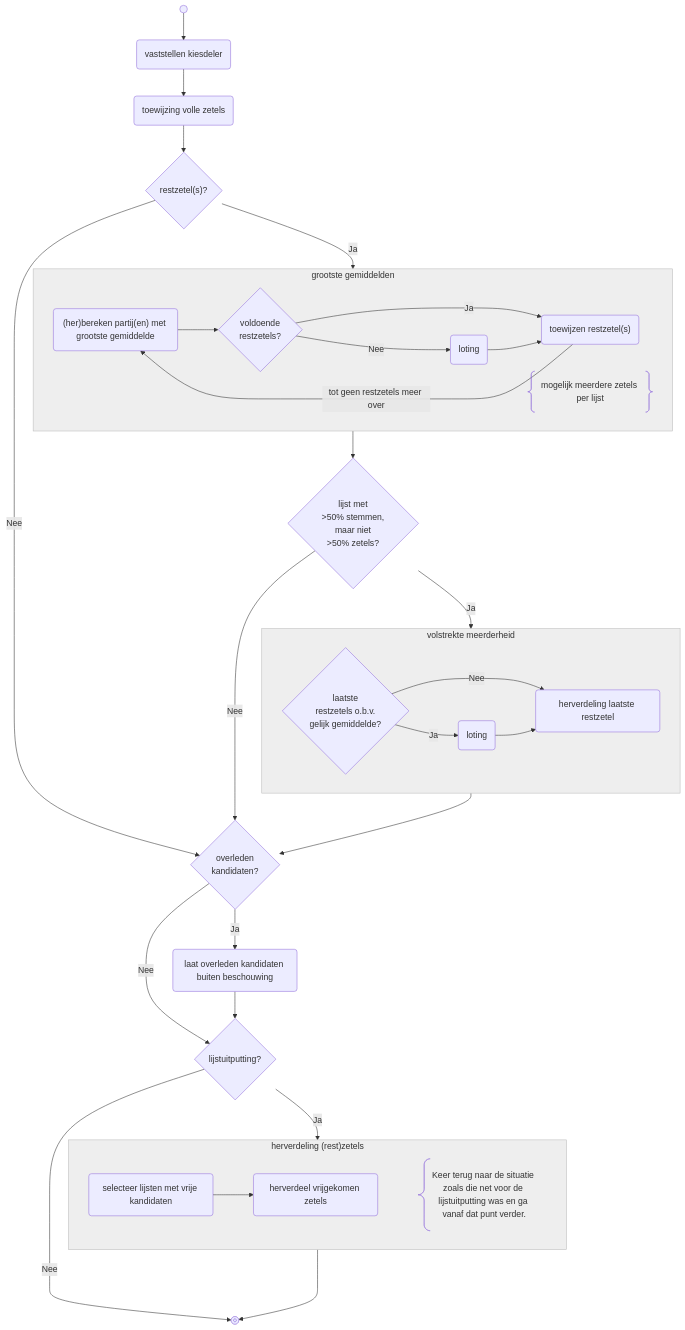
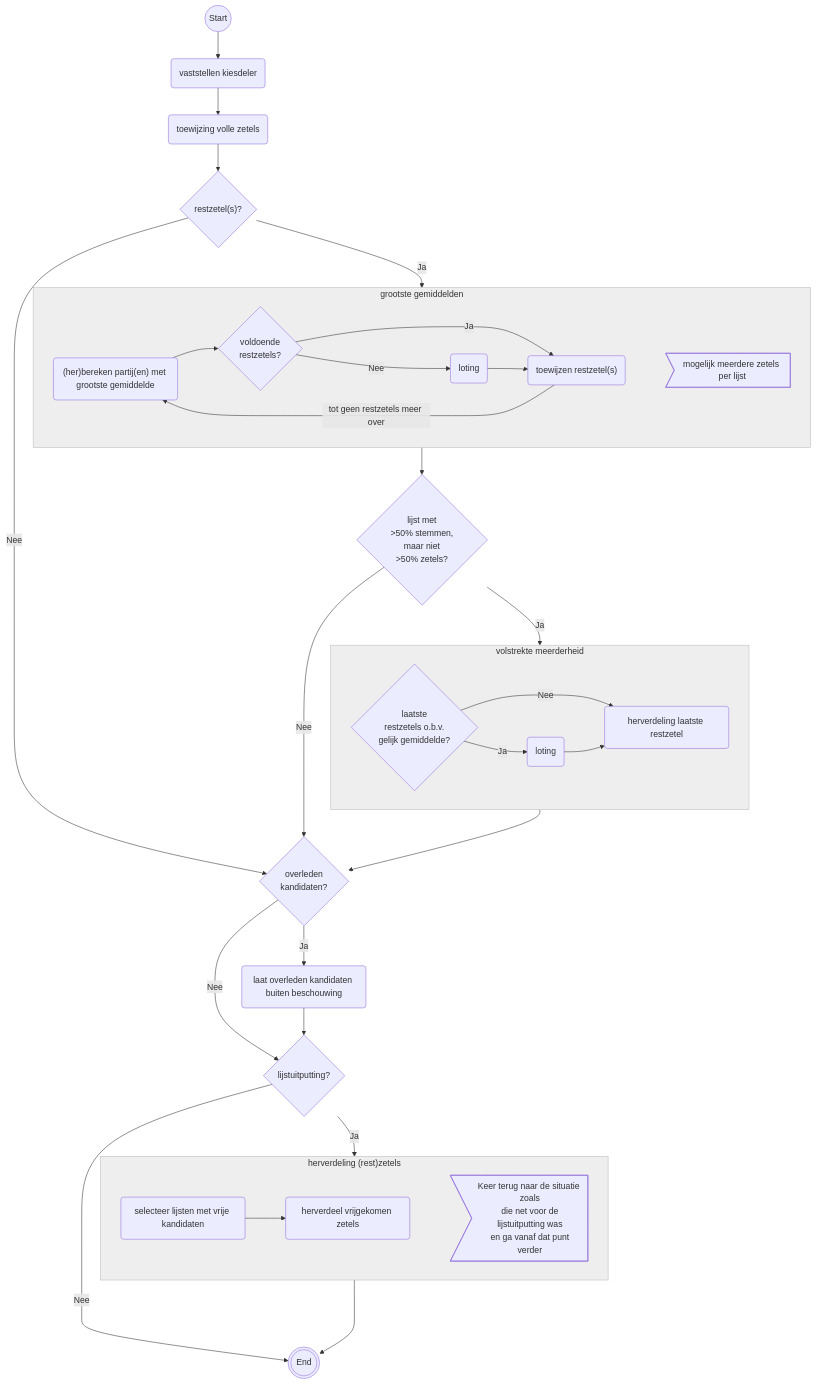
Before and after one commit to kiesraad/abacus-documentatie: the first of 2 diagrams in verkiezingsproces/zetelverdeling-GR-flowchart.md, drawn with Mermaid. The commit also changed other lines of this file, not shown here.

Commit message:
Flowchart update to work with default Jetbrains plugin (that's probably a bit outdated on the mermaid support)

````diff
--- a/verkiezingsproces/zetelverdeling-GR-flowchart.md
+++ b/verkiezingsproces/zetelverdeling-GR-flowchart.md
@@ -8,81 +8,82 @@
 ```mermaid
 flowchart
     %% styling
     classDef greyFill fill:#eee,stroke:#bbb;
 
     %% elements
-    flow_start@{ shape: sm-circ, label: "start" }
-    flow_end@{ shape: framed-circle, label: "end" }
-
+    flow_start((Start))
+    flow_end(((End)))
+    
     vaststellen_kiesdeler(vaststellen kiesdeler)
     toewijzing_volle_zetels(toewijzing volle zetels)
 
     restzetels{"restzetel(s)?"}
 
     bereken_partijen_met_grootste_gemiddelde("(her)bereken partij(en) met grootste gemiddelde")
     voldoende_restzetels{voldoende<br/>restzetels?}
     loting_grootste_gemiddelden(loting)
     toewijzen_restzetels("toewijzen restzetel(s)")
 
     meerderheid_aan_stemmen_maar_niet_zetels{lijst met<br/>>50% stemmen,<br/>maar niet<br/>>50% zetels?}
     laatste_restzetels_obv_gelijk_gemiddelde{laatste<br/>restzetels o.b.v.<br/>gelijk gemiddelde?}
     loting_volstrekte_meerderheid(loting)
     herverdeling_laatste_restzetel(herverdeling laatste restzetel)
 
     overleden_kandidaten{"overleden<br/>kandidaten?"}
     overleden_kandidaten_buiten_beschouwing("laat overleden kandidaten buiten beschouwing")
 
     lijstuitputting{"lijstuitputting?"}
     lijsten_met_vrije_kandidaten("selecteer lijsten met vrije kandidaten")
     herverdeling_vrijgekomen_zetels("herverdeel vrijgekomen zetels")
 
     %% flow
     flow_start --> vaststellen_kiesdeler
     vaststellen_kiesdeler --> toewijzing_volle_zetels
     toewijzing_volle_zetels --> restzetels
 
     restzetels -->|Nee| overleden_kandidaten
     restzetels -->|Ja| grootste_gemiddelden
 
     subgraph grootste_gemiddelden["grootste gemiddelden"]
         direction LR
         bereken_partijen_met_grootste_gemiddelde --> voldoende_restzetels
         voldoende_restzetels -->|Ja| toewijzen_restzetels
         voldoende_restzetels -->|Nee| loting_grootste_gemiddelden
         loting_grootste_gemiddelden --> toewijzen_restzetels
         toewijzen_restzetels -->|tot geen restzetels meer over| bereken_partijen_met_grootste_gemiddelde
-        comment_grootste_gemiddelden@{ shape: braces, label: "mogelijk meerdere zetels per lijst" }
+        toewijzen_restzetels ~~~ comment_grootste_gemiddelden
+        comment_grootste_gemiddelden>mogelijk meerdere zetels per lijst]
     end
     class grootste_gemiddelden greyFill;
 
     grootste_gemiddelden --> meerderheid_aan_stemmen_maar_niet_zetels
     meerderheid_aan_stemmen_maar_niet_zetels -->|Ja| volstrekte_meerderheid
     meerderheid_aan_stemmen_maar_niet_zetels --->|Nee| overleden_kandidaten
 
     subgraph volstrekte_meerderheid["volstrekte meerderheid"]
         direction LR
         laatste_restzetels_obv_gelijk_gemiddelde -->|Ja| loting_volstrekte_meerderheid
         laatste_restzetels_obv_gelijk_gemiddelde -->|Nee| herverdeling_laatste_restzetel
         loting_volstrekte_meerderheid --> herverdeling_laatste_restzetel
     end
     class volstrekte_meerderheid greyFill;
 
     volstrekte_meerderheid --> overleden_kandidaten
 
     overleden_kandidaten -->|Nee| lijstuitputting
     overleden_kandidaten -->|Ja| overleden_kandidaten_buiten_beschouwing
     overleden_kandidaten_buiten_beschouwing --> lijstuitputting
     
     lijstuitputting -->|Ja| herverdeling_restzetels
     lijstuitputting --->|Nee| flow_end
 
     subgraph herverdeling_restzetels["herverdeling (rest)zetels"]
         direction LR
         lijsten_met_vrije_kandidaten --> herverdeling_vrijgekomen_zetels
-        herverdeling@{ shape: comment, label: "Keer terug naar de situatie zoals die net voor de lijstuitputting was en ga vanaf dat punt verder." }
+        herverdeling>Keer terug naar de situatie zoals\n die net voor de lijstuitputting was\n en ga vanaf dat punt verder]
         herverdeling_vrijgekomen_zetels ~~~ herverdeling
     end
     class herverdeling_restzetels greyFill;
 
     herverdeling_restzetels ---> flow_end
 ```
````
